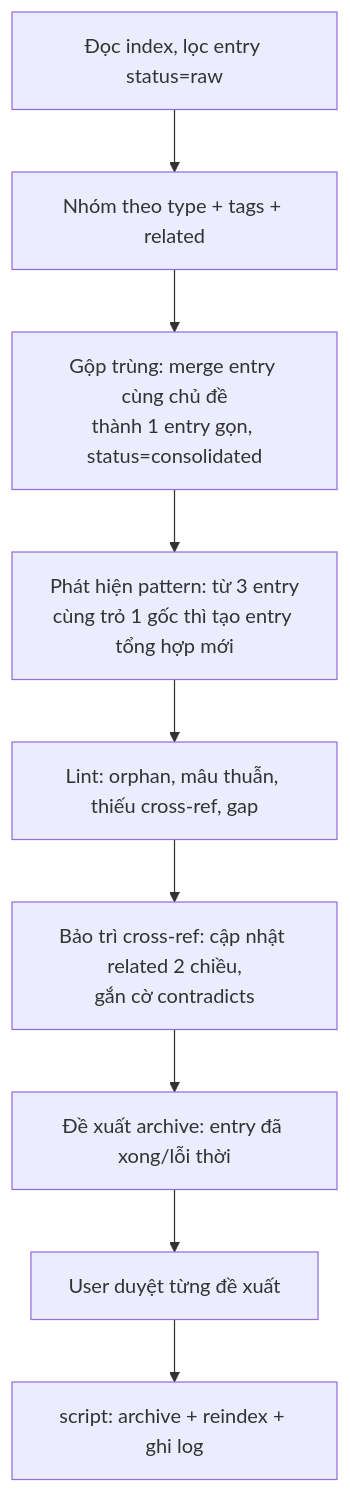
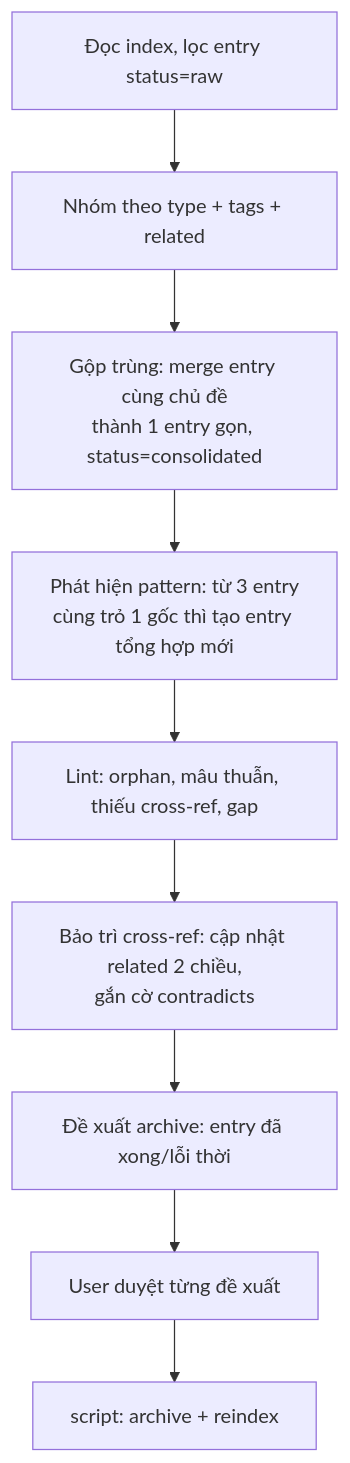
Before and after one commit to hoangvantuan/claude-plugin: the diagram in skills/project-memory/references/consolidation.md, drawn with Mermaid. The commit also changed other lines of this file and 13 other files, not shown here.

````diff
--- a/skills/project-memory/references/consolidation.md
+++ b/skills/project-memory/references/consolidation.md
@@ -7,11 +7,11 @@
 ```mermaid
 flowchart TD
     S1["Đọc index, lọc entry status=raw"] --> S2["Nhóm theo type + tags + related"]
     S2 --> S3["Gộp trùng: merge entry cùng chủ đề<br/>thành 1 entry gọn, status=consolidated"]
     S3 --> S4["Phát hiện pattern: từ 3 entry<br/>cùng trỏ 1 gốc thì tạo entry tổng hợp mới"]
     S4 --> S5["Lint: orphan, mâu thuẫn, thiếu cross-ref, gap"]
     S5 --> S6["Bảo trì cross-ref: cập nhật related 2 chiều,<br/>gắn cờ contradicts"]
     S6 --> S7["Đề xuất archive: entry đã xong/lỗi thời"]
     S7 --> S8["User duyệt từng đề xuất"]
-    S8 --> S9["script: archive + reindex + ghi log"]
+    S8 --> S9["script: archive + reindex"]
 ```
````
